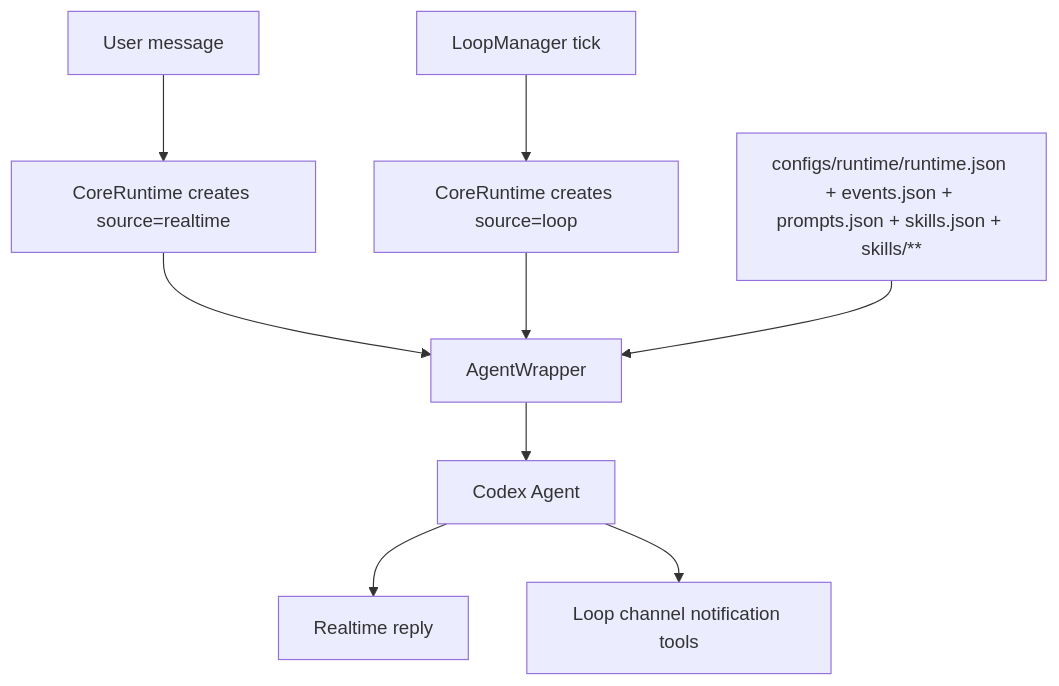
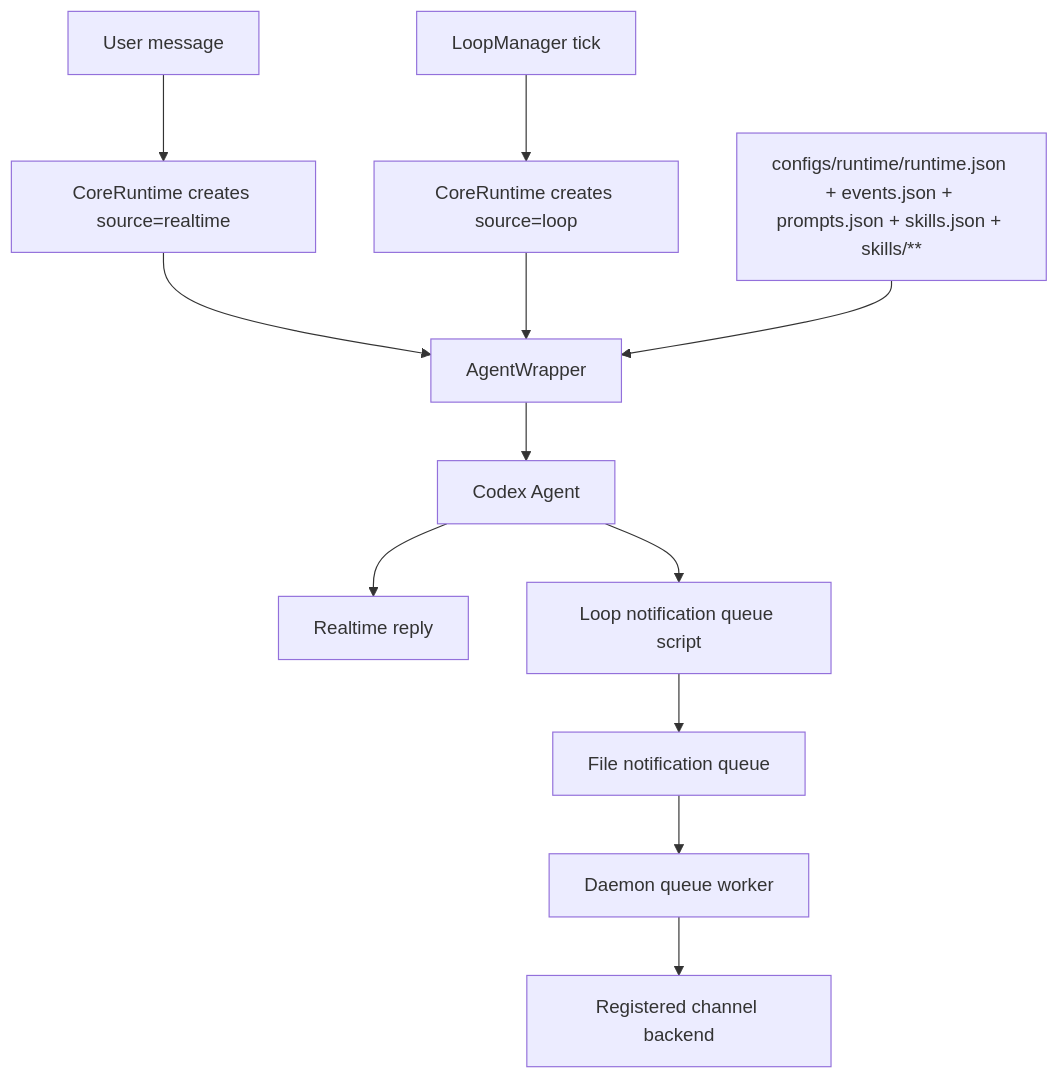
Before and after one commit to TheOne2006/PkuClaw: the diagram in README.md, drawn with Mermaid. The commit also changed other lines of this file and 29 other files, not shown here.

Commit message:
Replace loop notification HTTP with file queue

````diff
--- a/README.md
+++ b/README.md
@@ -69,11 +67,14 @@
 ```mermaid
 flowchart TD
   User[User message] --> Realtime[CoreRuntime creates source=realtime]
   Scheduler[LoopManager tick] --> Loop[CoreRuntime creates source=loop]
   Realtime --> Wrapper[AgentWrapper]
   Loop --> Wrapper
   RuntimeFiles[configs/runtime/runtime.json + events.json + prompts.json + skills.json + skills/**] --> Wrapper
   Wrapper --> Agent[Codex Agent]
   Agent --> Reply[Realtime reply]
-  Agent --> Notify[Loop channel notification tools]
+  Agent --> Script[Loop notification queue script]
+  Script --> Queue[File notification queue]
+  Queue --> Daemon[Daemon queue worker]
+  Daemon --> Channel[Registered channel backend]
 ```
````
